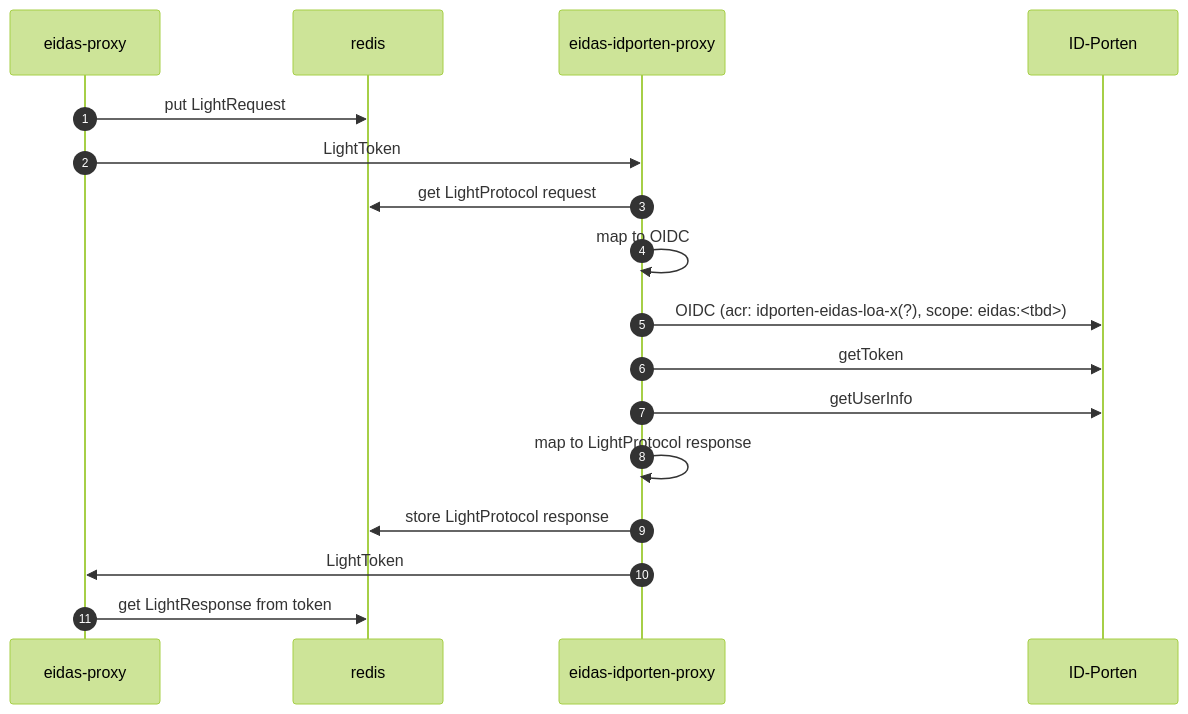
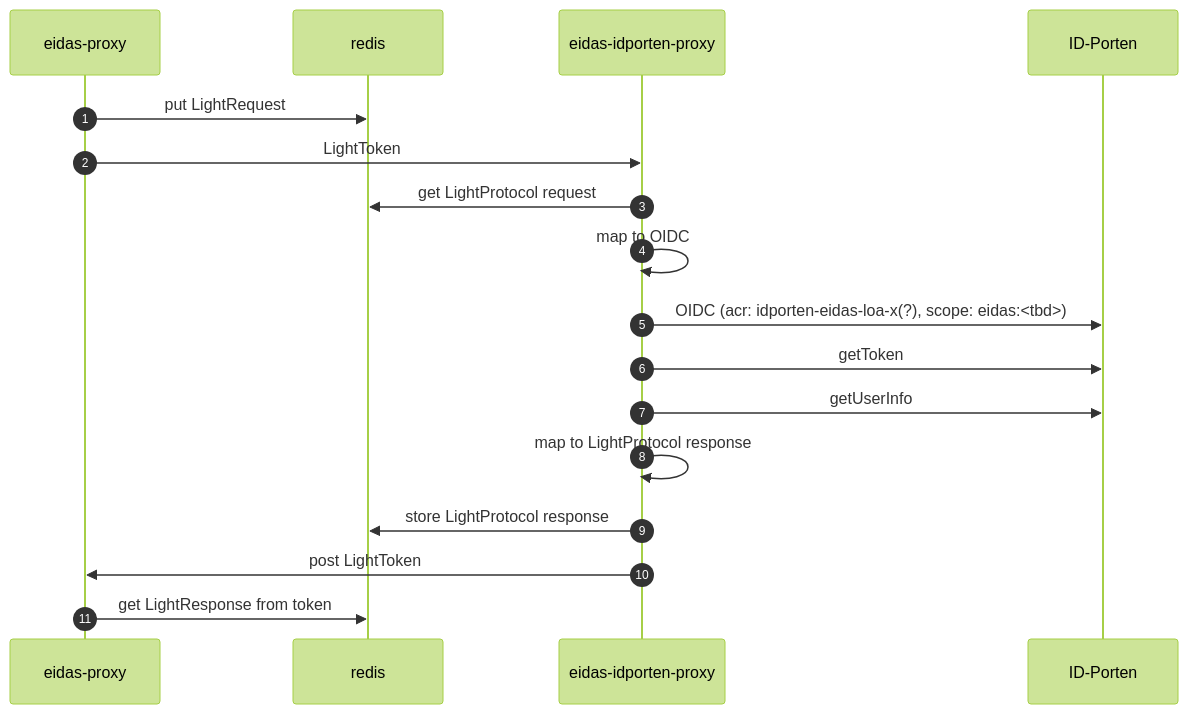
Before and after one commit to felleslosninger/eidas-idporten-proxy: the diagram in README.md, drawn with Mermaid (forest theme). The commit also changed 3 other files, not shown here.

````diff
--- a/README.md
+++ b/README.md
@@ -19,20 +19,20 @@
 ```mermaid  
 sequenceDiagram
     autonumber
     participant NEP as eidas-proxy
     participant RED as redis
     participant SEP as eidas-idporten-proxy
     participant IL as ID-Porten
     NEP ->> RED: put LightRequest
     NEP ->> SEP: LightToken
     SEP ->> RED: get LightProtocol request
     SEP ->> SEP: map to OIDC
     SEP ->> IL: OIDC (acr: idporten-eidas-loa-x(?), scope: eidas:<tbd>)
     SEP ->> IL: getToken
     SEP ->> IL: getUserInfo
     SEP ->> SEP: map to LightProtocol response
     SEP ->> RED: store LightProtocol response
-    SEP ->> NEP: LightToken
+    SEP ->> NEP: post LightToken
     NEP ->> RED: get LightResponse from token
 
 ```    
````
